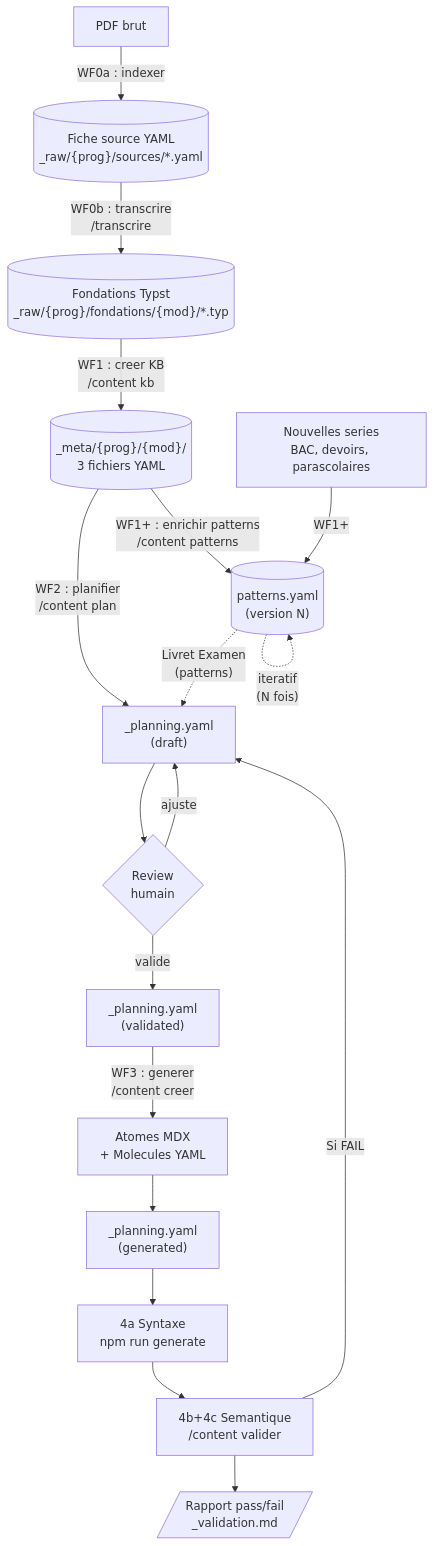
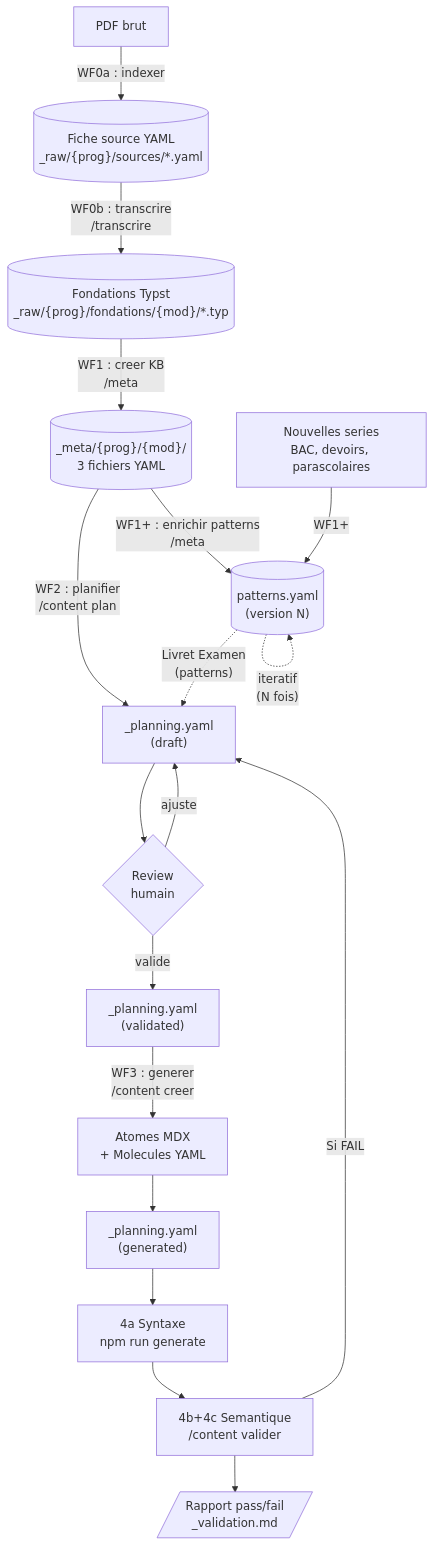
Before and after one commit to bilalYezzaGit/learning-web: the first of 8 diagrams in docs/content-agentic-workflow.md, drawn with Mermaid. The commit also changed other lines of this file and 8 other files, not shown here.

First line of the commit message:
3 phases independantes : /index + /transcrire | /meta | /content

````diff
--- a/docs/content-agentic-workflow.md
+++ b/docs/content-agentic-workflow.md
@@ -91,20 +92,20 @@
 ```mermaid
 flowchart TD
     PDF["PDF brut"] -->|"WF0a : indexer"| Fiche[("Fiche source YAML\n_raw/{prog}/sources/*.yaml")]
     Fiche -->|"WF0b : transcrire\n/transcrire"| Typst[("Fondations Typst\n_raw/{prog}/fondations/{mod}/*.typ")]
-    Typst -->|"WF1 : creer KB\n/content kb"| Meta[("_meta/{prog}/{mod}/\n3 fichiers YAML")]
-    Meta -->|"WF1+ : enrichir patterns\n/content patterns"| Patterns[("patterns.yaml\n(version N)")]
+    Typst -->|"WF1 : creer KB\n/meta"| Meta[("_meta/{prog}/{mod}/\n3 fichiers YAML")]
+    Meta -->|"WF1+ : enrichir patterns\n/meta"| Patterns[("patterns.yaml\n(version N)")]
     Series["Nouvelles series\nBAC, devoirs, parascolaires"] -->|"WF1+"| Patterns
     Patterns -.->|"iteratif\n(N fois)"| Patterns
     Meta -->|"WF2 : planifier\n/content plan"| Plan["_planning.yaml\n(draft)"]
     Patterns -.->|"Livret Examen\n(patterns)"| Plan
     Plan --> Review{"Review\nhumain"}
     Review -->|"ajuste"| Plan
     Review -->|"valide"| PlanV["_planning.yaml\n(validated)"]
     PlanV -->|"WF3 : generer\n/content creer"| Contenu["Atomes MDX\n+ Molecules YAML"]
     Contenu --> PlanG["_planning.yaml\n(generated)"]
     PlanG --> V4a["4a Syntaxe\nnpm run generate"]
     V4a --> V4bc["4b+4c Semantique\n/content valider"]
     V4bc --> Rapport[/"Rapport pass/fail\n_validation.md"/]
     V4bc -->|"Si FAIL"| Plan
 ```
````
